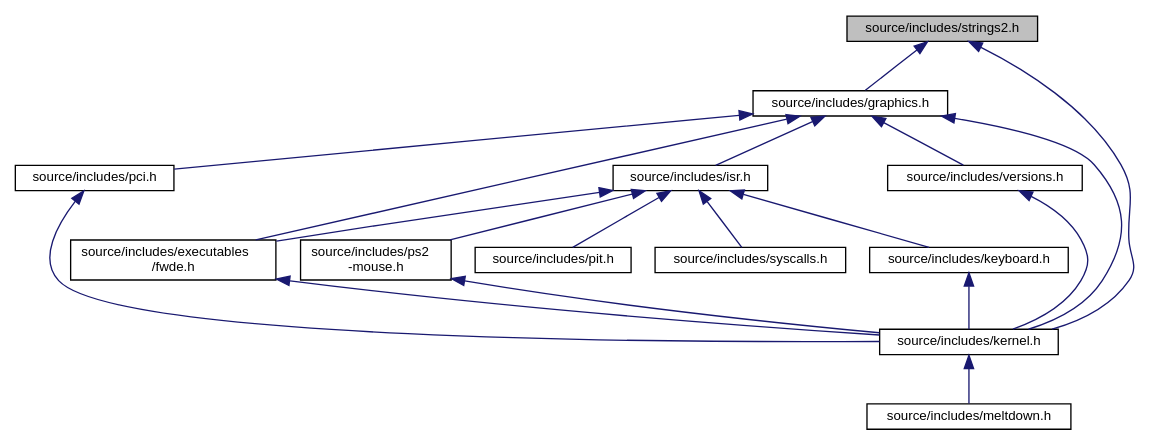
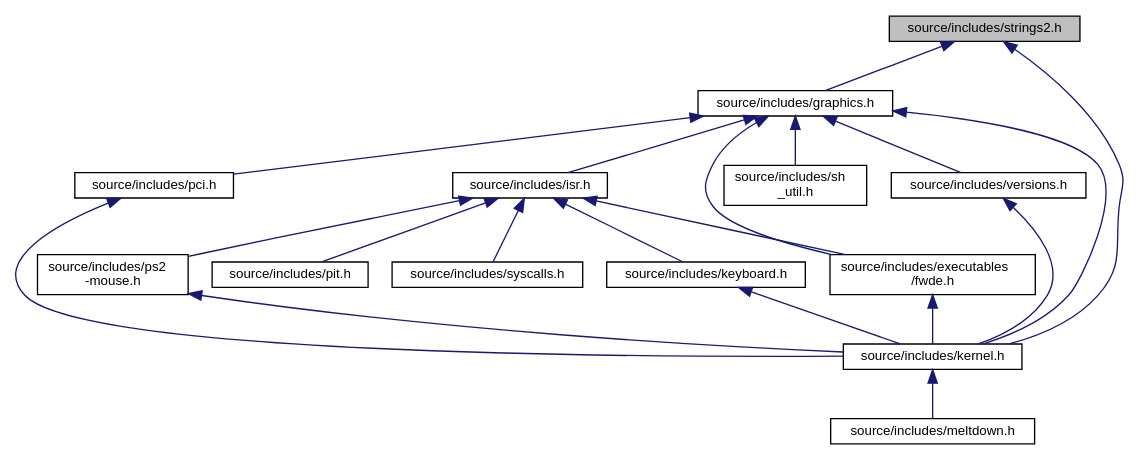
One commit to Frost-Wing/doxygen-docs changed the diagram in strings2_8h__dep__incl.dot. Above: the diagram before and after it, drawn with Graphviz. The commit also changed 155 other files, not shown here.

```diff
--- a/strings2_8h__dep__incl.dot
+++ b/strings2_8h__dep__incl.dot
@@ -1,36 +1,38 @@
 digraph "source/includes/strings2.h"
 {
  // LATEX_PDF_SIZE
   edge [fontname="Helvetica",fontsize="10",labelfontname="Helvetica",labelfontsize="10"];
   node [fontname="Helvetica",fontsize="10",shape=record];
   Node1 [label="source/includes/strings2.h",height=0.2,width=0.4,color="black", fillcolor="grey75", style="filled", fontcolor="black",tooltip="The header file for strings.c."];
   Node1 -> Node2 [dir="back",color="midnightblue",fontsize="10",style="solid",fontname="Helvetica"];
   Node2 [label="source/includes/graphics.h",height=0.2,width=0.4,color="black", fillcolor="white", style="filled",URL="$graphics_8h.html",tooltip="Contains all the print functions."];
   Node2 -> Node3 [dir="back",color="midnightblue",fontsize="10",style="solid",fontname="Helvetica"];
   Node3 [label="source/includes/executables\l/fwde.h",height=0.2,width=0.4,color="black", fillcolor="white", style="filled",URL="$fwde_8h.html",tooltip="The executor header for FrostWing Deployed Executable - 64 bits."];
   Node3 -> Node4 [dir="back",color="midnightblue",fontsize="10",style="solid",fontname="Helvetica"];
   Node4 [label="source/includes/kernel.h",height=0.2,width=0.4,color="black", fillcolor="white", style="filled",URL="$kernel_8h.html",tooltip="The basic requirement from kernel to other parts of the code."];
   Node4 -> Node5 [dir="back",color="midnightblue",fontsize="10",style="solid",fontname="Helvetica"];
   Node5 [label="source/includes/meltdown.h",height=0.2,width=0.4,color="black", fillcolor="white", style="filled",URL="$meltdown_8h.html",tooltip="The headers for meltdown.c."];
   Node2 -> Node6 [dir="back",color="midnightblue",fontsize="10",style="solid",fontname="Helvetica"];
   Node6 [label="source/includes/isr.h",height=0.2,width=0.4,color="black", fillcolor="white", style="filled",URL="$isr_8h.html",tooltip=" "];
   Node6 -> Node3 [dir="back",color="midnightblue",fontsize="10",style="solid",fontname="Helvetica"];
   Node6 -> Node7 [dir="back",color="midnightblue",fontsize="10",style="solid",fontname="Helvetica"];
   Node7 [label="source/includes/keyboard.h",height=0.2,width=0.4,color="black", fillcolor="white", style="filled",URL="$keyboard_8h.html",tooltip=" "];
   Node7 -> Node4 [dir="back",color="midnightblue",fontsize="10",style="solid",fontname="Helvetica"];
   Node6 -> Node8 [dir="back",color="midnightblue",fontsize="10",style="solid",fontname="Helvetica"];
   Node8 [label="source/includes/pit.h",height=0.2,width=0.4,color="black", fillcolor="white", style="filled",URL="$pit_8h.html",tooltip="Headers for PIT."];
   Node6 -> Node9 [dir="back",color="midnightblue",fontsize="10",style="solid",fontname="Helvetica"];
   Node9 [label="source/includes/ps2\l-mouse.h",height=0.2,width=0.4,color="black", fillcolor="white", style="filled",URL="$ps2-mouse_8h.html",tooltip=" "];
   Node9 -> Node4 [dir="back",color="midnightblue",fontsize="10",style="solid",fontname="Helvetica"];
   Node6 -> Node10 [dir="back",color="midnightblue",fontsize="10",style="solid",fontname="Helvetica"];
   Node10 [label="source/includes/syscalls.h",height=0.2,width=0.4,color="black", fillcolor="white", style="filled",URL="$syscalls_8h.html",tooltip=" "];
   Node2 -> Node4 [dir="back",color="midnightblue",fontsize="10",style="solid",fontname="Helvetica"];
   Node2 -> Node11 [dir="back",color="midnightblue",fontsize="10",style="solid",fontname="Helvetica"];
   Node11 [label="source/includes/pci.h",height=0.2,width=0.4,color="black", fillcolor="white", style="filled",URL="$pci_8h.html",tooltip="The Header files for actual PCI source."];
   Node11 -> Node4 [dir="back",color="midnightblue",fontsize="10",style="solid",fontname="Helvetica"];
   Node2 -> Node12 [dir="back",color="midnightblue",fontsize="10",style="solid",fontname="Helvetica"];
-  Node12 [label="source/includes/versions.h",height=0.2,width=0.4,color="black", fillcolor="white", style="filled",URL="$versions_8h.html",tooltip="This is the header file which contains all the tools used's versions."];
-  Node12 -> Node4 [dir="back",color="midnightblue",fontsize="10",style="solid",fontname="Helvetica"];
+  Node12 [label="source/includes/sh\l_util.h",height=0.2,width=0.4,color="black", fillcolor="white", style="filled",URL="$sh__util_8h.html",tooltip="Utils for fw shell."];
+  Node2 -> Node13 [dir="back",color="midnightblue",fontsize="10",style="solid",fontname="Helvetica"];
+  Node13 [label="source/includes/versions.h",height=0.2,width=0.4,color="black", fillcolor="white", style="filled",URL="$versions_8h.html",tooltip="This is the header file which contains all the tools used's versions."];
+  Node13 -> Node4 [dir="back",color="midnightblue",fontsize="10",style="solid",fontname="Helvetica"];
   Node1 -> Node4 [dir="back",color="midnightblue",fontsize="10",style="solid",fontname="Helvetica"];
 }
```
